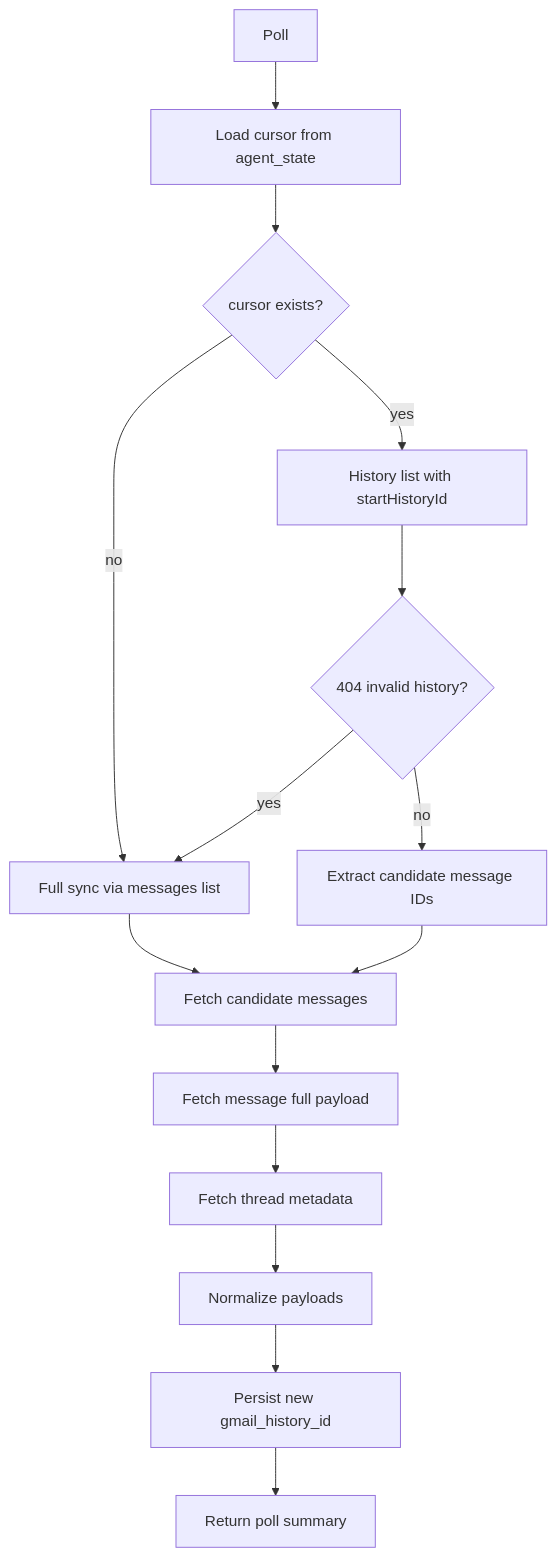
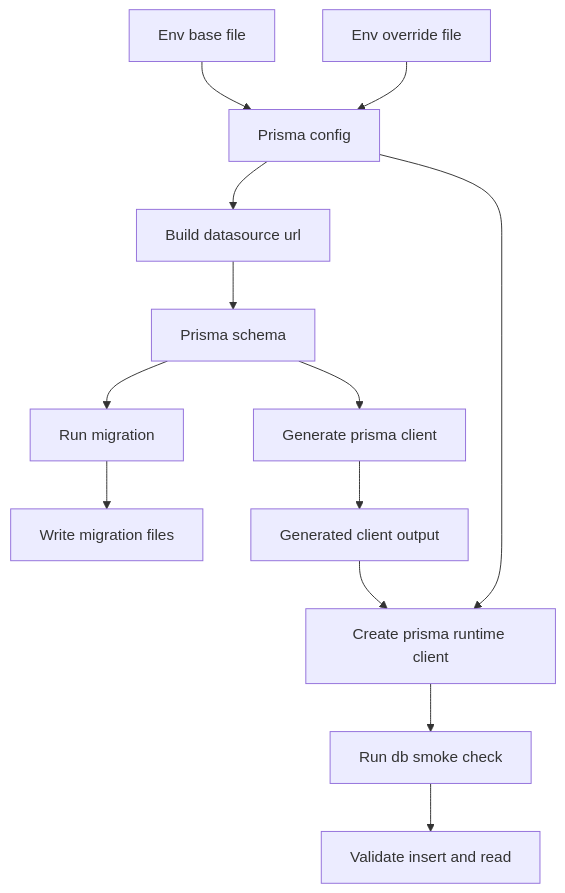
One commit to hoschi/all-personal-projects changed the first of 5 diagrams in apps/mail-agent/README.md. Above: the diagram before and after it, drawn with Mermaid. The commit also changed other lines of this file, not shown here.

````diff
--- a/apps/mail-agent/README.md
+++ b/apps/mail-agent/README.md
@@ -59,17 +91,15 @@
 ```mermaid
 flowchart TD
-  A[Poll] --> B[Load cursor from agent_state]
-  B --> C{cursor exists?}
-  C -->|no| D[Full sync via messages list]
-  C -->|yes| E[History list with startHistoryId]
-  E --> F{404 invalid history?}
-  F -->|yes| D
-  F -->|no| G[Extract candidate message IDs]
-  D --> H[Fetch candidate messages]
-  G --> H
-  H --> I[Fetch message full payload]
-  I --> J[Fetch thread metadata]
-  J --> K[Normalize payloads]
-  K --> L[Persist new gmail_history_id]
-  L --> M[Return poll summary]
+  A[Env base file] --> C[Prisma config]
+  B[Env override file] --> C
+  C --> D[Build datasource url]
+  D --> E[Prisma schema]
+  E --> F[Run migration]
+  F --> G[Write migration files]
+  E --> H[Generate prisma client]
+  H --> I[Generated client output]
+  C --> J[Create prisma runtime client]
+  I --> J
+  J --> K[Run db smoke check]
+  K --> L[Validate insert and read]
 ```
````
